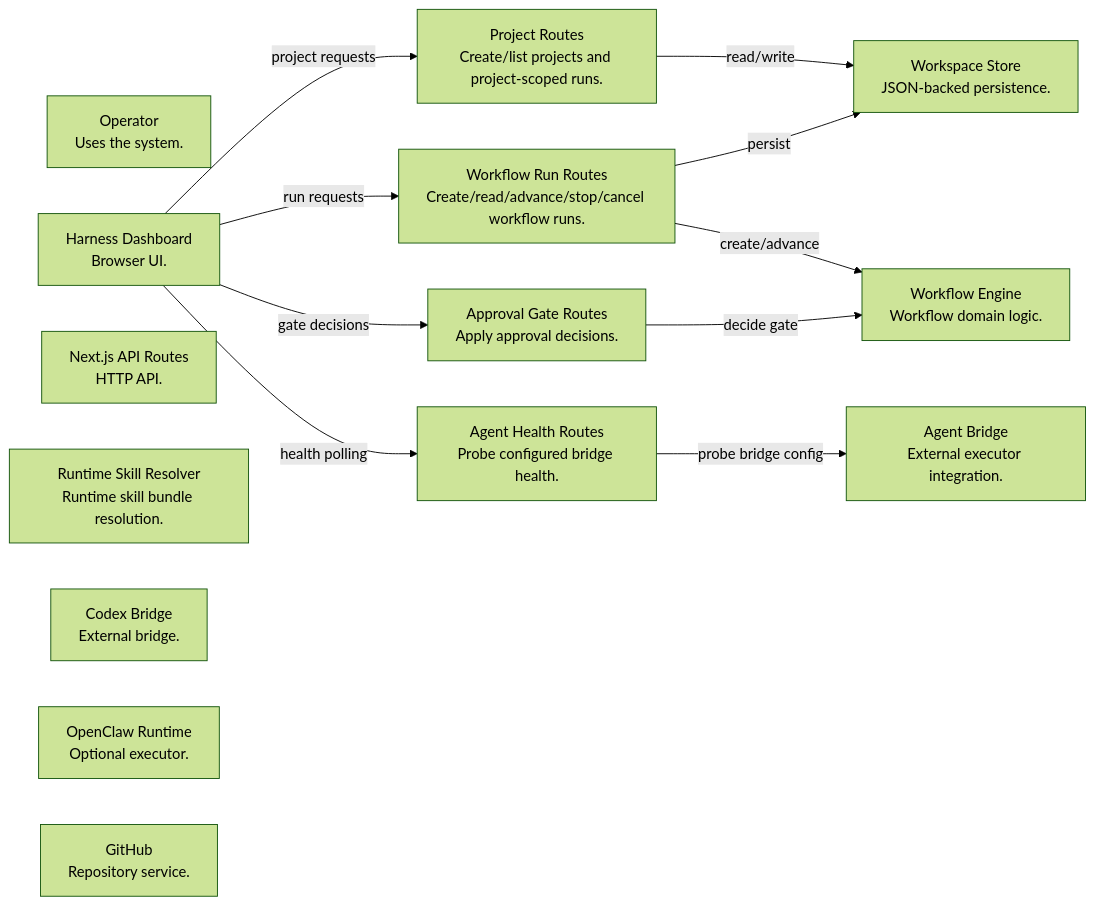
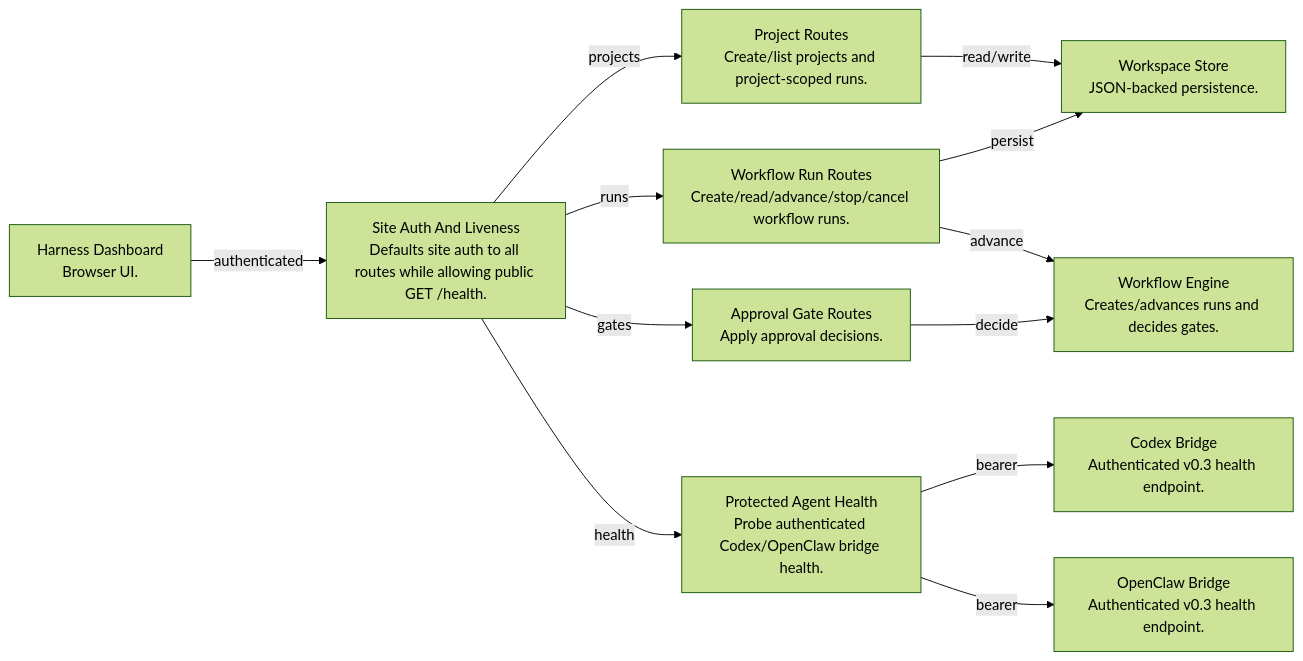
Before and after one commit to linderwu/harness-framework: the diagram in wiki/c4/diagrams/component-api-routes.mmd, drawn with Mermaid (forest theme). The commit also changed 54 other files, not shown here.

Commit message:
Document production architecture with Ouroboros

```diff
--- a/wiki/c4/diagrams/component-api-routes.mmd
+++ b/wiki/c4/diagrams/component-api-routes.mmd
@@ -1,25 +1,23 @@
 flowchart LR
   %% API Route Components
-  operator["Operator<br/>Uses the system."]
   dashboard["Harness Dashboard<br/>Browser UI."]
-  api["Next.js API Routes<br/>HTTP API."]
-  engine["Workflow Engine<br/>Workflow domain logic."]
-  bridge["Agent Bridge<br/>External executor integration."]
-  resolver["Runtime Skill Resolver<br/>Runtime skill bundle resolution."]
-  store["Workspace Store<br/>JSON-backed persistence."]
-  codex["Codex Bridge<br/>External bridge."]
-  openclaw["OpenClaw Runtime<br/>Optional executor."]
-  github["GitHub<br/>Repository service."]
+  boundary["Site Auth And Liveness<br/>Defaults site auth to all routes while allowing public GET /health."]
   projects["Project Routes<br/>Create/list projects and project-scoped runs."]
   workflow["Workflow Run Routes<br/>Create/read/advance/stop/cancel workflow runs."]
   approval["Approval Gate Routes<br/>Apply approval decisions."]
-  health["Agent Health Routes<br/>Probe configured bridge health."]
-  dashboard -->|"project requests"| projects
-  dashboard -->|"run requests"| workflow
-  dashboard -->|"gate decisions"| approval
-  dashboard -->|"health polling"| health
+  health["Protected Agent Health<br/>Probe authenticated Codex/OpenClaw bridge health."]
+  store["Workspace Store<br/>JSON-backed persistence."]
+  engine["Workflow Engine<br/>Creates/advances runs and decides gates."]
+  codex["Codex Bridge<br/>Authenticated v0.3 health endpoint."]
+  openclaw["OpenClaw Bridge<br/>Authenticated v0.3 health endpoint."]
+  dashboard -->|"authenticated"| boundary
+  boundary -->|"projects"| projects
+  boundary -->|"runs"| workflow
+  boundary -->|"gates"| approval
+  boundary -->|"health"| health
   projects -->|"read/write"| store
-  workflow -->|"create/advance"| engine
+  workflow -->|"advance"| engine
   workflow -->|"persist"| store
-  approval -->|"decide gate"| engine
-  health -->|"probe bridge config"| bridge
+  approval -->|"decide"| engine
+  health -->|"bearer"| codex
+  health -->|"bearer"| openclaw
```
